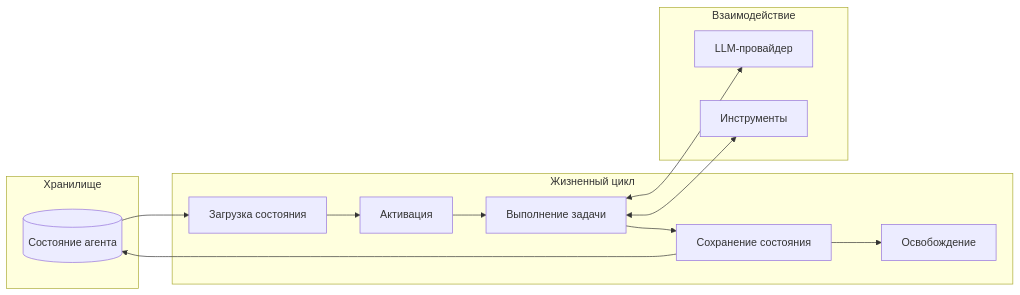
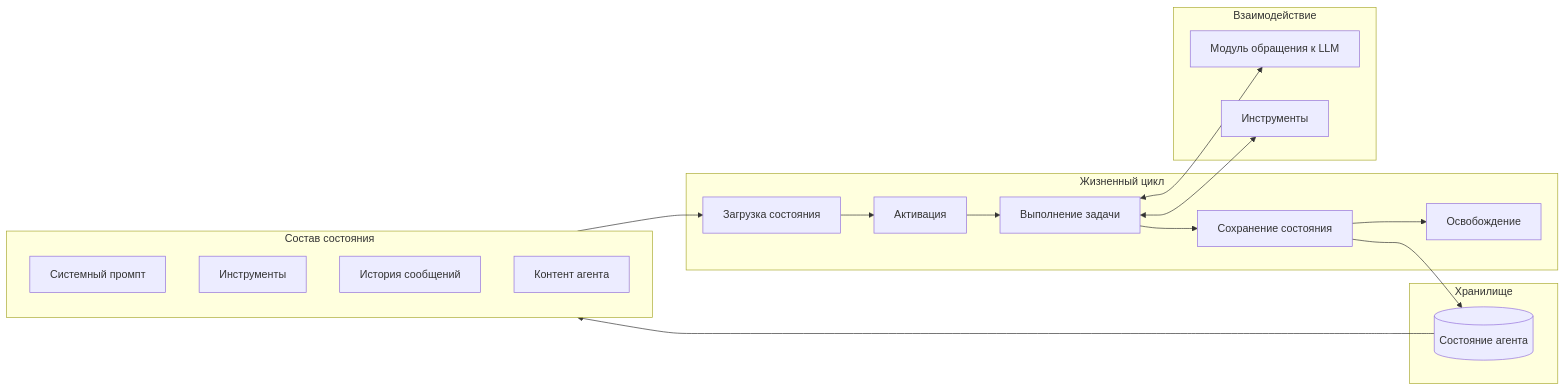
Before and after one commit to Dieugene/agentic-doc-processing: the fourth of 5 diagrams in 00_docs/architecture/ADPS_Architecture_L2.md, drawn with Mermaid. The commit also changed other lines of this file, not shown here.

Commit message:
Architecture L2 add

````diff
--- a/00_docs/architecture/ADPS_Architecture_L2.md
+++ b/00_docs/architecture/ADPS_Architecture_L2.md
@@ -399,28 +419,36 @@
 ```mermaid
 flowchart LR
     subgraph storage["Хранилище"]
         STATE[(Состояние агента)]
+    end
+
+    subgraph state_content["Состав состояния"]
+        PROMPT[Системный промпт]
+        TOOLS[Инструменты]
+        HISTORY[История сообщений]
+        CONTENT[Контент агента]
     end
 
     subgraph lifecycle["Жизненный цикл"]
         LOAD[Загрузка состояния]
         ACTIVATE[Активация]
         WORK[Выполнение задачи]
         SAVE[Сохранение состояния]
         DISPOSE[Освобождение]
     end
 
     subgraph runtime["Взаимодействие"]
-        LLM[LLM-провайдер]
-        TOOLS[Инструменты]
+        LLM[Модуль обращения к LLM]
+        TOOLS_EXEC[Инструменты]
     end
 
-    STATE --> LOAD
+    STATE --> state_content
+    state_content --> LOAD
     LOAD --> ACTIVATE
     ACTIVATE --> WORK
     WORK <--> LLM
-    WORK <--> TOOLS
+    WORK <--> TOOLS_EXEC
     WORK --> SAVE
     SAVE --> STATE
     SAVE --> DISPOSE
 ```
````
